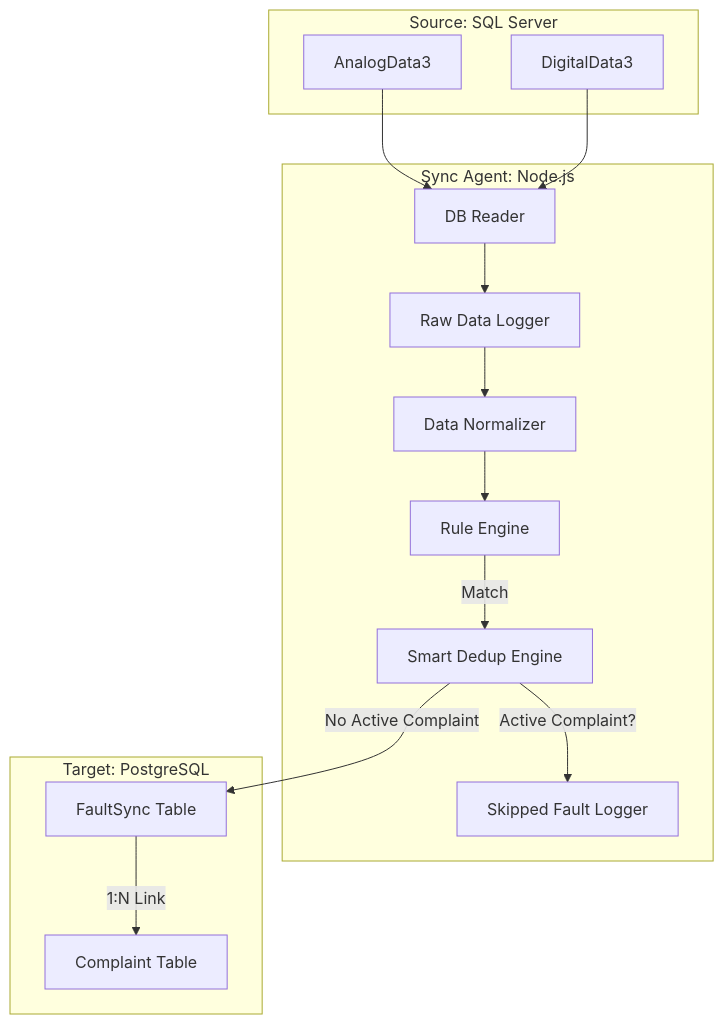
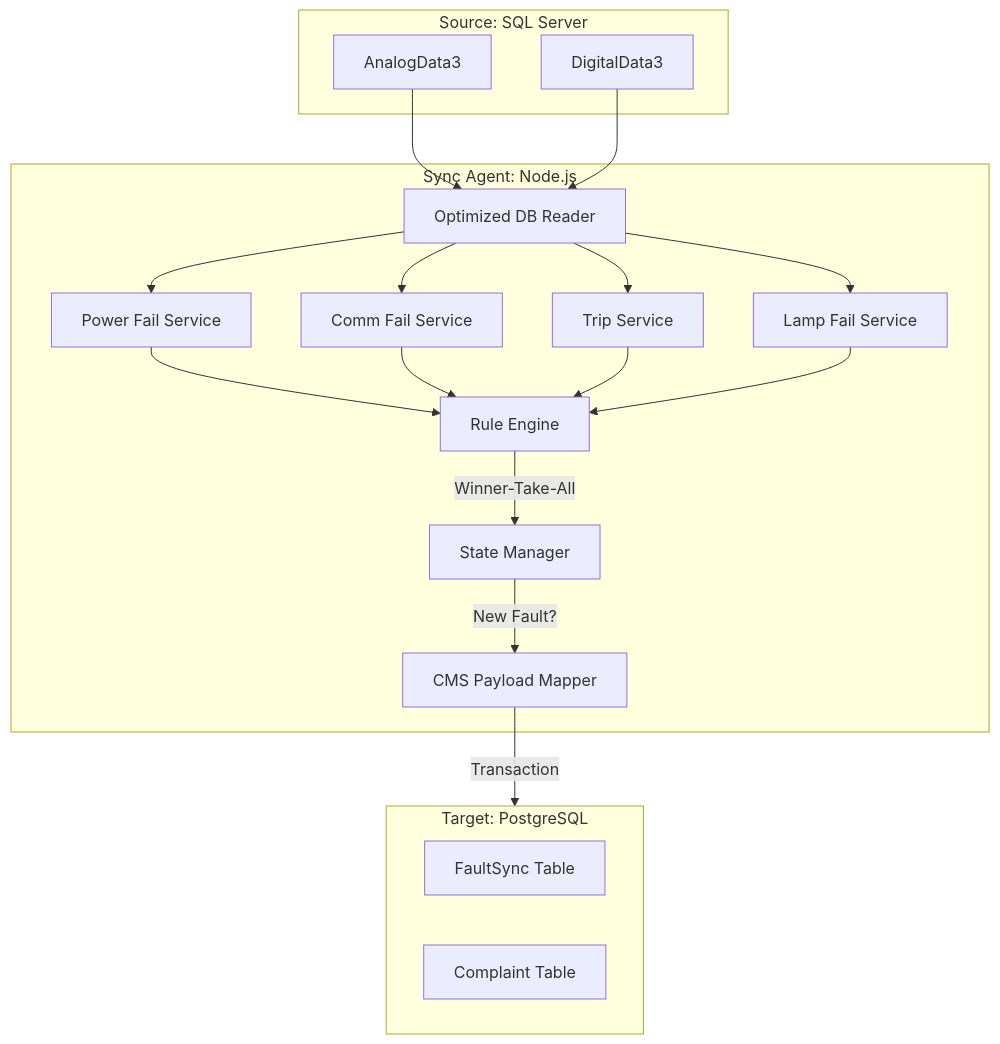
The diagram in docs/01_architecture.md (TheBunny221/sync-service-urban-voice), drawn with Mermaid before and after one commit. The commit also changed other lines of this file and 92 other files, not shown here.

````diff
--- a/docs/01_architecture.md
+++ b/docs/01_architecture.md
@@ -5,31 +5,39 @@
 ```mermaid
 graph TD
     subgraph OT_Layer [Source: SQL Server]
         AD[AnalogData3]
         DD[DigitalData3]
     end
 
     subgraph Service_Layer [Sync Agent: Node.js]
-        Reader[DB Reader]
-        Logger1[Raw Data Logger]
-        Norm[Data Normalizer]
+        Reader[Optimized DB Reader]
+        PowerSvc[Power Fail Service]
+        CommSvc[Comm Fail Service]
+        TripSvc[Trip Service]
+        LampSvc[Lamp Fail Service]
         Rules[Rule Engine]
-        Dedup[Smart Dedup Engine]
-        Logger2[Skipped Fault Logger]
+        StateManager[State Manager]
+        Mapper[CMS Payload Mapper]
     end
 
     subgraph IT_Layer [Target: PostgreSQL]
         FS[FaultSync Table]
         C[Complaint Table]
     end
 
     AD --> Reader
     DD --> Reader
-    Reader --> Logger1
-    Logger1 --> Norm
-    Norm --> Rules
-    Rules -- Match --> Dedup
-    Dedup -- Active Complaint? --> Logger2
-    Dedup -- No Active Complaint --> FS
-    FS -- 1:N Link --> C
+    Reader --> PowerSvc
+    Reader --> CommSvc
+    Reader --> TripSvc
+    Reader --> LampSvc
+    
+    PowerSvc --> Rules
+    CommSvc --> Rules
+    TripSvc --> Rules
+    LampSvc --> Rules
+    
+    Rules -- Winner-Take-All --> StateManager
+    StateManager -- New Fault? --> Mapper
+    Mapper -- Transaction --> IT_Layer
 ```
````
